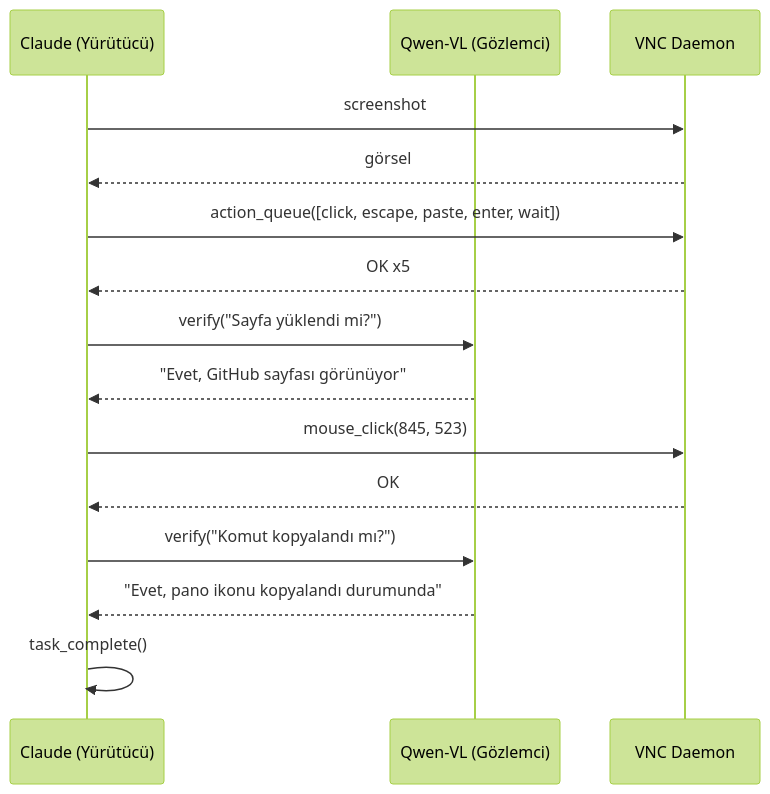
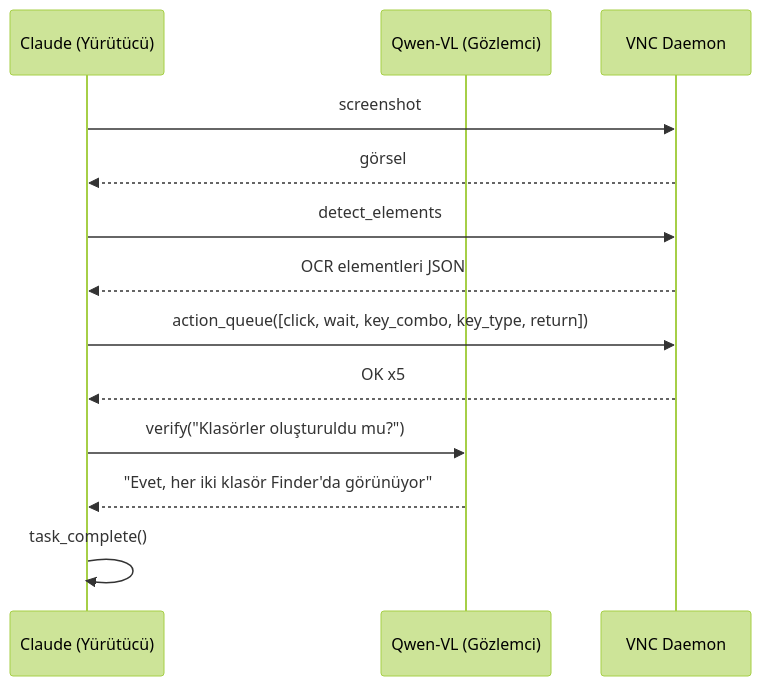
Before and after one commit to ARAS-Workspace/claude-kvm: the diagram in test/README_TR.md, drawn with Mermaid (forest theme). The commit also changed other lines of this file and 1 other file, not shown here.

````diff
--- a/test/README_TR.md
+++ b/test/README_TR.md
@@ -7,20 +7,17 @@
 ```mermaid
 sequenceDiagram
     participant E as Claude (Yürütücü)
     participant O as Qwen-VL (Gözlemci)
     participant V as VNC Daemon
 
     E->>V: screenshot
     V-->>E: görsel
-    E->>V: action_queue([click, escape, paste, enter, wait])
+    E->>V: detect_elements
+    V-->>E: OCR elementleri JSON
+    E->>V: action_queue([click, wait, key_combo, key_type, return])
     V-->>E: OK x5
-    E->>O: verify("Sayfa yüklendi mi?")
-    O-->>E: "Evet, GitHub sayfası görünüyor"
-
-    E->>V: mouse_click(845, 523)
-    V-->>E: OK
-    E->>O: verify("Komut kopyalandı mı?")
-    O-->>E: "Evet, pano ikonu kopyalandı durumunda"
+    E->>O: verify("Klasörler oluşturuldu mu?")
+    O-->>E: "Evet, her iki klasör Finder'da görünüyor"
 
     E->>E: task_complete()
 ```
````
